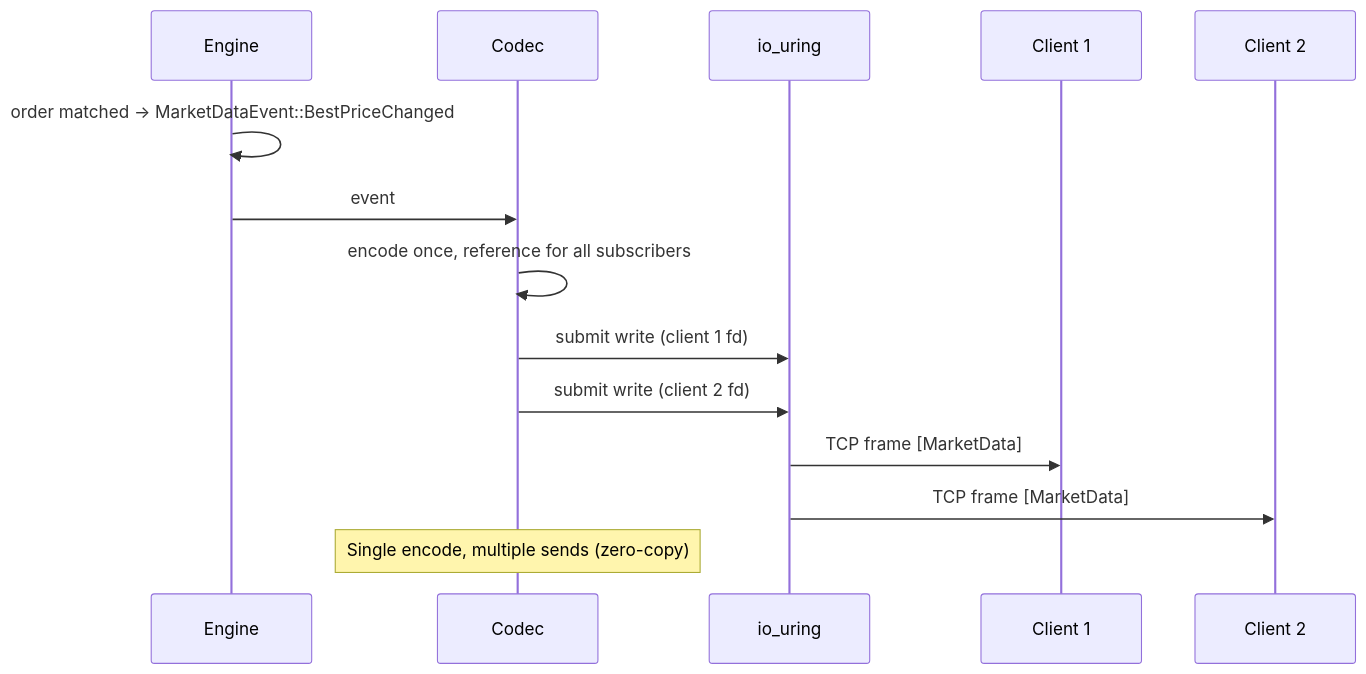
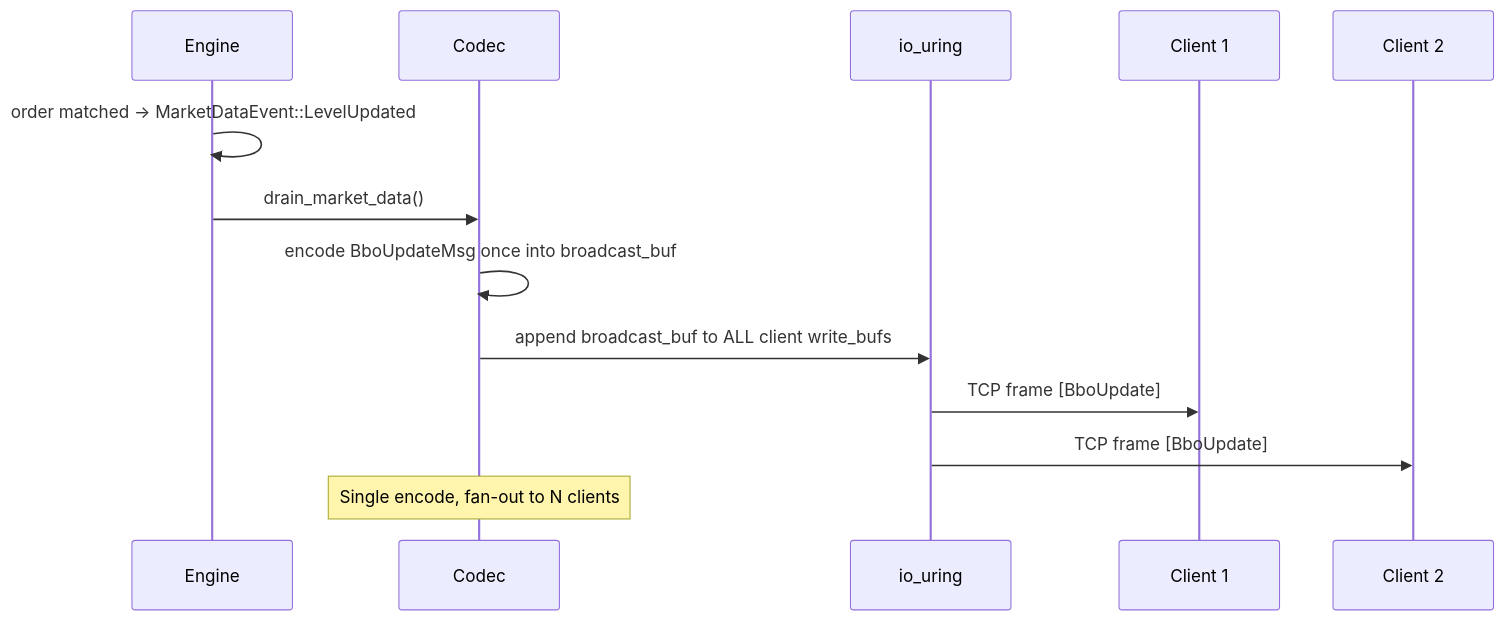
The third of 4 diagrams in docs/architecture.md (Tranduy1dol/trading), drawn with Mermaid before and after one commit. The commit also changed other lines of this file and 1 other file, not shown here.

Commit message:
docs: update architecture docs

````diff
--- a/docs/architecture.md
+++ b/docs/architecture.md
@@ -218,18 +204,17 @@
 ```mermaid
 sequenceDiagram
     participant E as Engine
     participant GW as Codec
     participant R as io_uring
     participant C1 as Client 1
     participant C2 as Client 2
 
-    E->>E: order matched → MarketDataEvent::BestPriceChanged
-    E->>GW: event
-    GW->>GW: encode once, reference for all subscribers
-    GW->>R: submit write (client 1 fd)
-    GW->>R: submit write (client 2 fd)
-    R->>C1: TCP frame [MarketData]
-    R->>C2: TCP frame [MarketData]
+    E->>E: order matched → MarketDataEvent::LevelUpdated
+    E->>GW: drain_market_data()
+    GW->>GW: encode BboUpdateMsg once into broadcast_buf
+    GW->>R: append broadcast_buf to ALL client write_bufs
+    R->>C1: TCP frame [BboUpdate]
+    R->>C2: TCP frame [BboUpdate]
 
-    Note over GW: Single encode, multiple sends (zero-copy)
+    Note over GW: Single encode, fan-out to N clients
 ```
````
